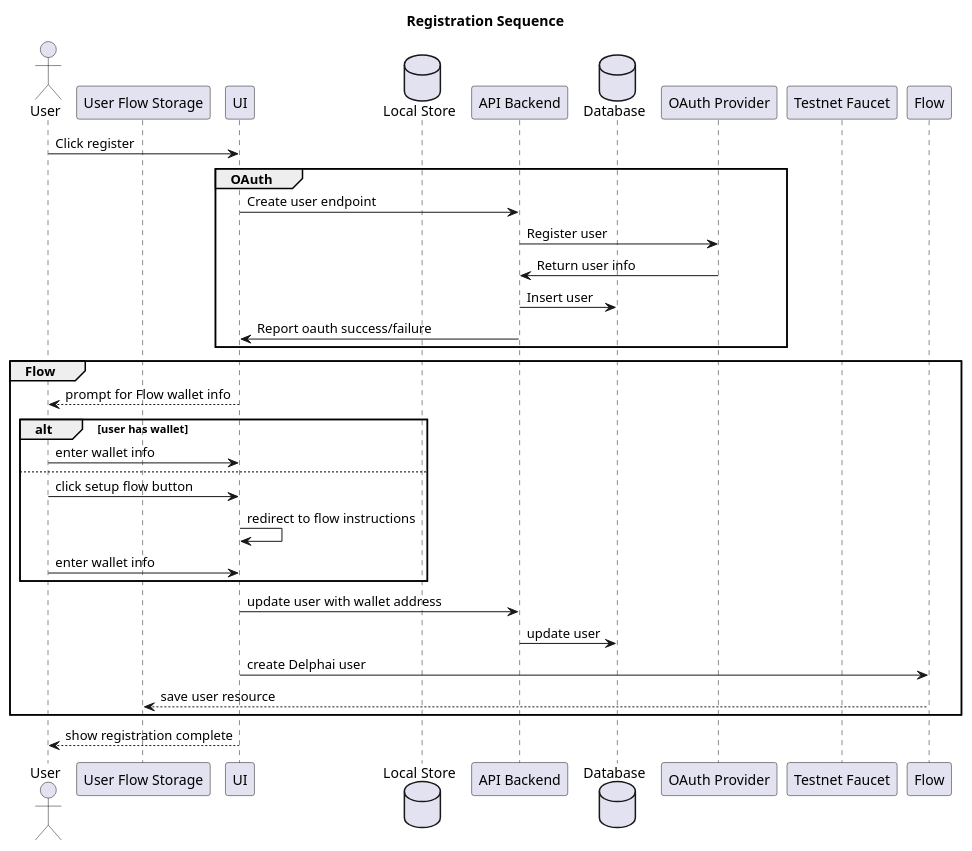
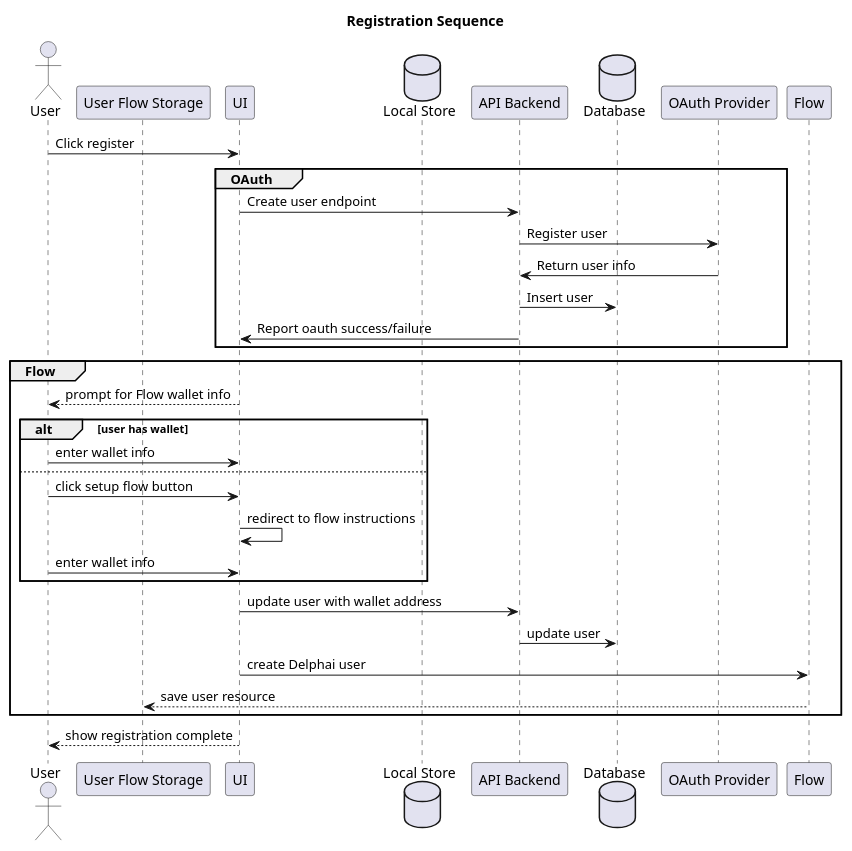
The diagram in docs/Diagrams/src/UserStories/registration.puml (adhurjaty/prediction-app), drawn with PlantUML before and after one commit. The commit also changed 2 other files, not shown here.

Commit message:
updates diagrams

```diff
--- a/docs/Diagrams/src/UserStories/registration.puml
+++ b/docs/Diagrams/src/UserStories/registration.puml
@@ -1,43 +1,42 @@
 @startuml Registration Sequence
 
 title Registration Sequence
 
 actor User as user
 participant "User Flow Storage" as storage
 participant UI as ui
 database "Local Store" as localstore
 participant "API Backend" as api
 database Database as db
 participant "OAuth Provider" as oauth
-participant "Testnet Faucet" as faucet
 participant Flow as flow
 
 user -> ui : Click register 
 
 group OAuth
     ui -> api : Create user endpoint
     api -> oauth : Register user
     oauth -> api : Return user info
     api -> db : Insert user
     api -> ui : Report oauth success/failure
 end
 
 group Flow
     ui --> user : prompt for Flow wallet info
     alt user has wallet
         user -> ui : enter wallet info
     else
         user -> ui : click setup flow button
         ui -> ui : redirect to flow instructions
         user -> ui : enter wallet info
     end
 
     ui -> api : update user with wallet address
     api -> db : update user
     ui -> flow : create Delphai user
     flow --> storage : save user resource
 end
 
 ui --> user : show registration complete
 
 @enduml
```
